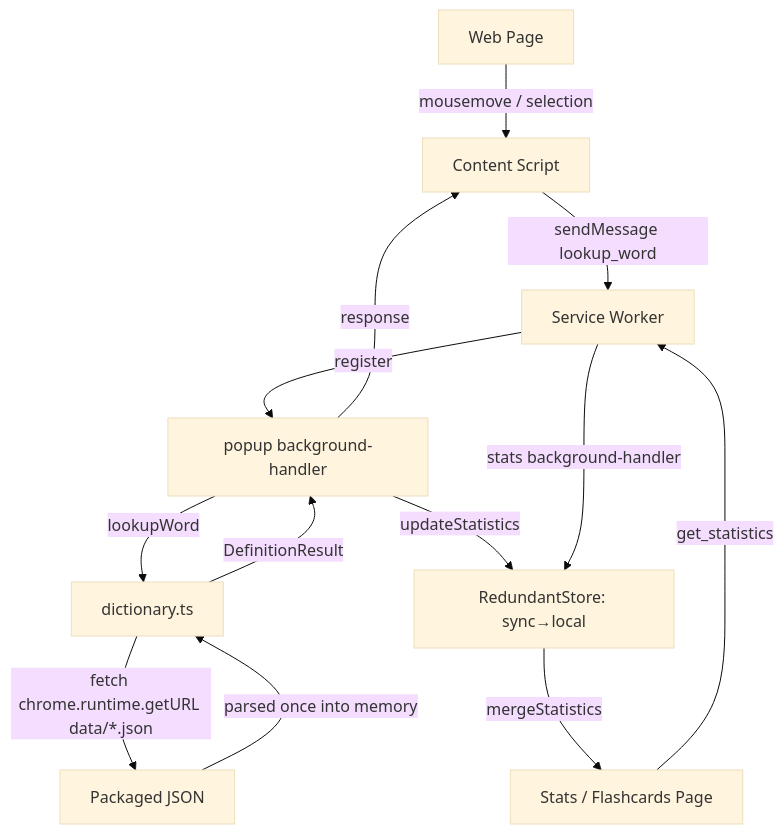
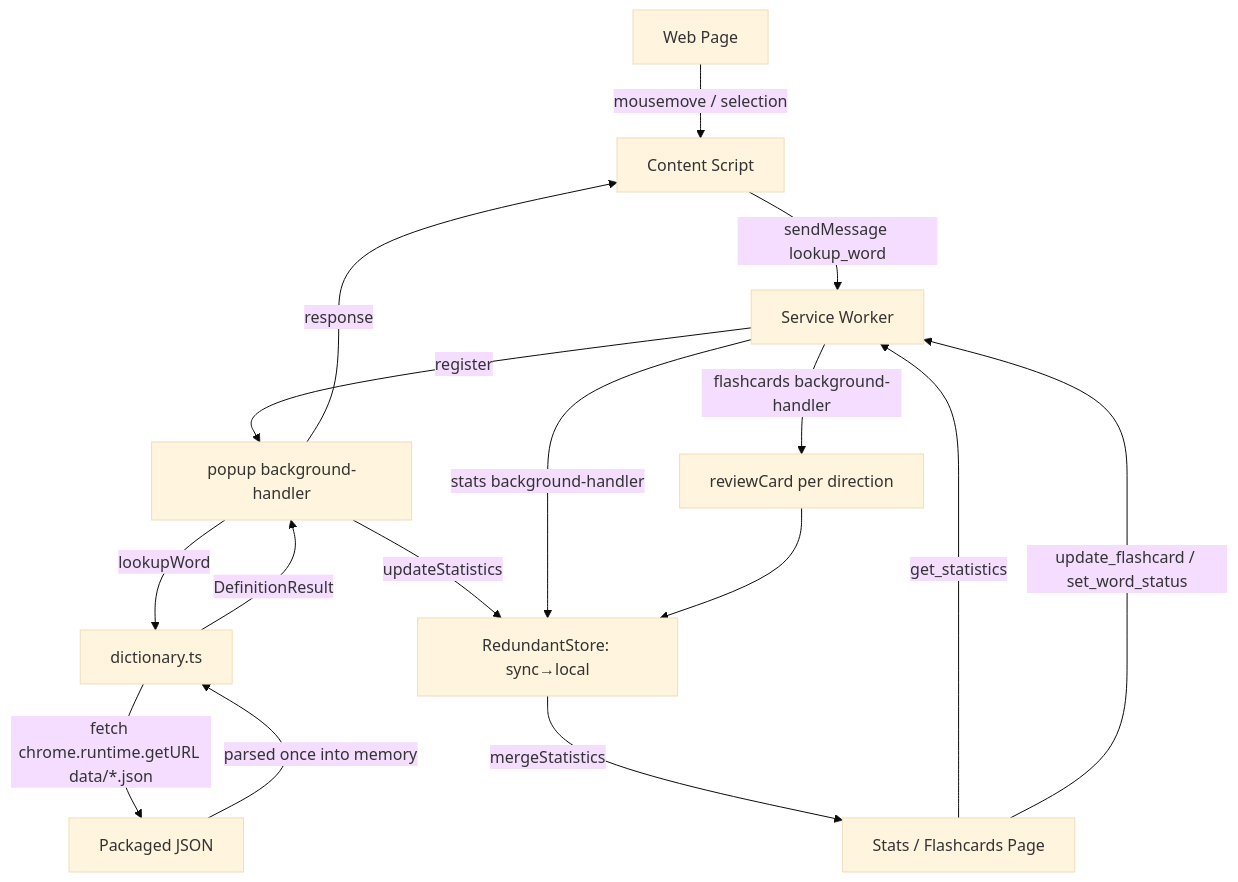
Before and after one commit to VWongDev/canto-toolbox: the diagram in .claude/docs/architecture.md, drawn with Mermaid (base theme). The commit also changed other lines of this file, not shown here.

First line of the commit message:
ai(global): Document the review directions and the stats overview

````diff
--- a/.claude/docs/architecture.md
+++ b/.claude/docs/architecture.md
@@ -72,15 +78,18 @@
 ```mermaid
 flowchart TD
     A[Web Page] -->|mousemove / selection| B[Content Script]
     B -->|sendMessage lookup_word| C[Service Worker]
     C -->|register| H1[popup background-handler]
     H1 -->|lookupWord| D[dictionary.ts]
     D -->|fetch chrome.runtime.getURL data/*.json| E[Packaged JSON]
     E -->|parsed once into memory| D
     D -->|DefinitionResult| H1
     H1 -->|response| B
     H1 -->|updateStatistics| F[RedundantStore: sync→local]
     G[Stats / Flashcards Page] -->|get_statistics| C
     C -->|stats background-handler| F
     F -->|mergeStatistics| G
+    G -->|update_flashcard / set_word_status| C
+    C -->|flashcards background-handler| H2[reviewCard per direction]
+    H2 --> F
 ```
````
